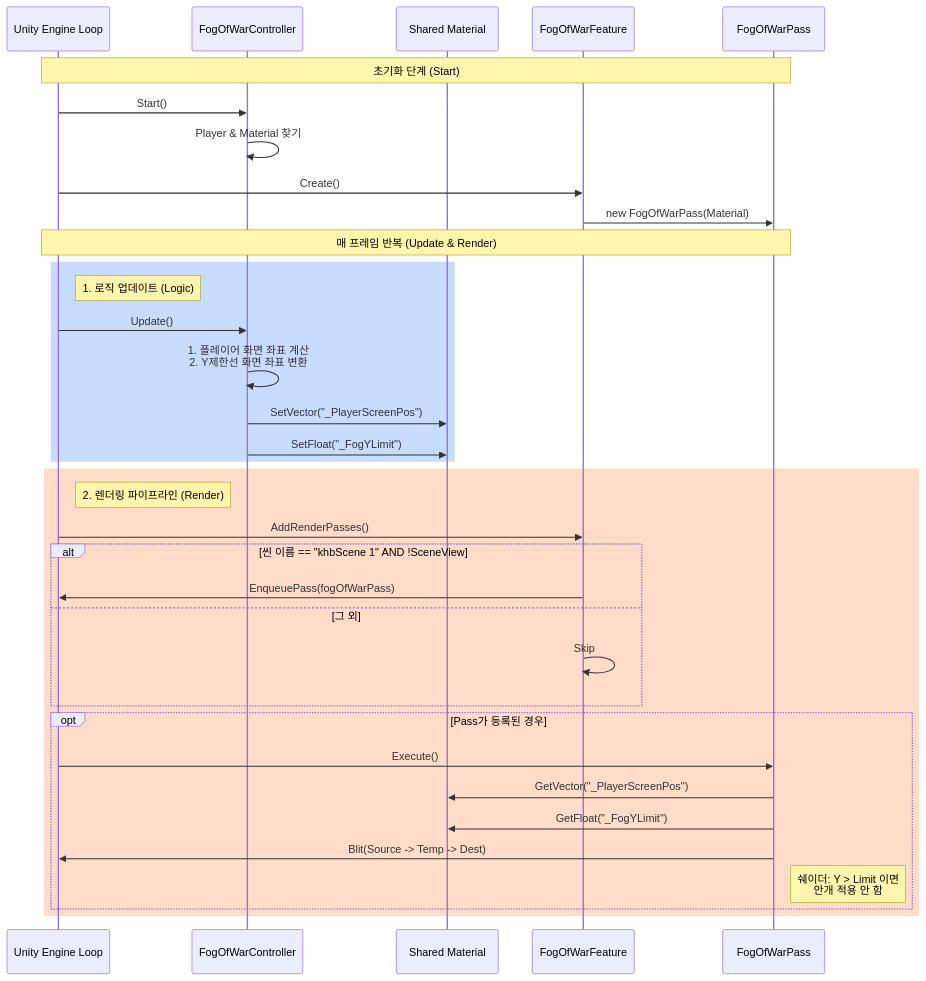
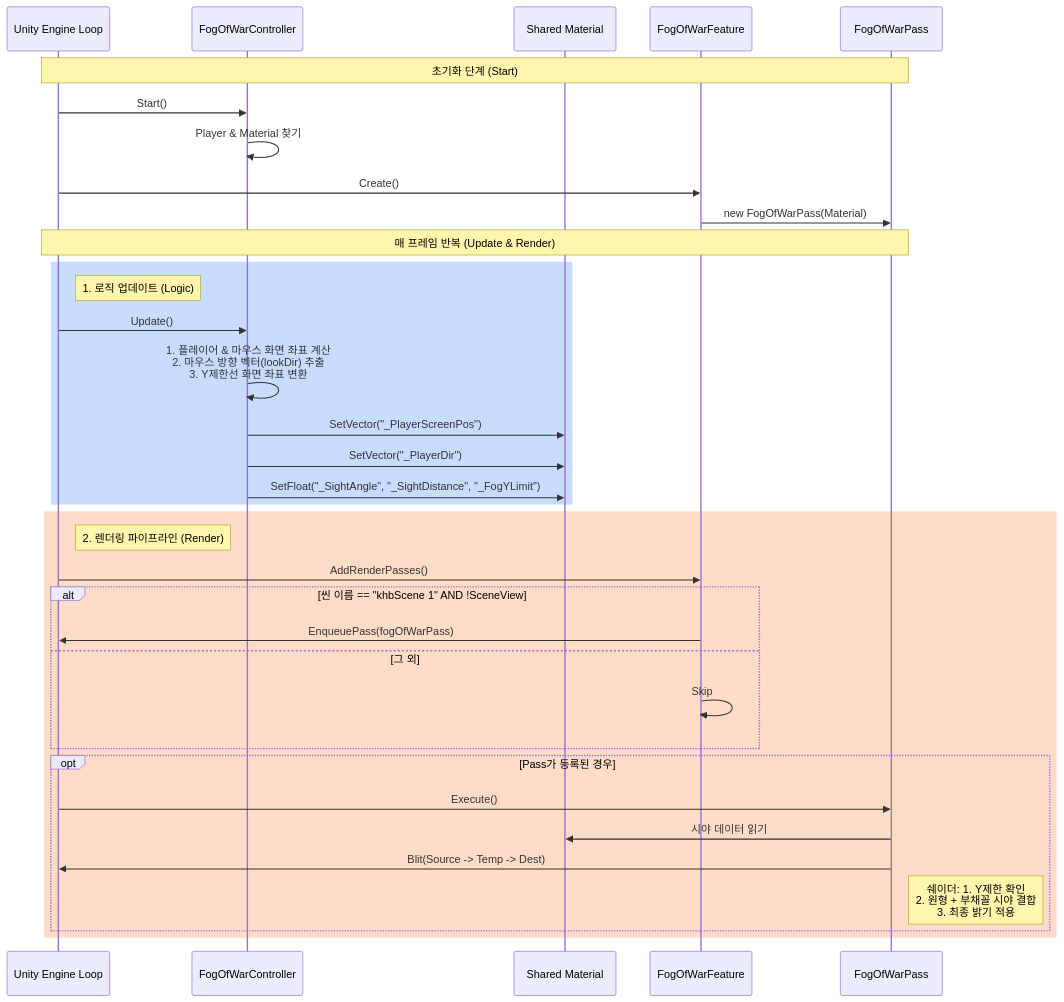
One commit to 2025-HandsomeGuys/Sap changed the second of 2 diagrams in PROJECT_STRUCTURE.md. Above: the diagram before and after it, drawn with Mermaid. The commit also changed other lines of this file and 4 other files, not shown here.

````diff
--- a/PROJECT_STRUCTURE.md
+++ b/PROJECT_STRUCTURE.md
@@ -60,43 +62,43 @@
 ```mermaid
 sequenceDiagram
     participant GameLoop as Unity Engine Loop
     participant Controller as FogOfWarController
     participant Material as Shared Material
     participant Feature as FogOfWarFeature
     participant Pass as FogOfWarPass
 
     Note over GameLoop, Pass: 초기화 단계 (Start)
     GameLoop->>Controller: Start()
     Controller->>Controller: Player & Material 찾기
     GameLoop->>Feature: Create()
     Feature->>Pass: new FogOfWarPass(Material)
 
     Note over GameLoop, Pass: 매 프레임 반복 (Update & Render)
     
     rect rgb(200, 220, 255)
         note right of GameLoop: 1. 로직 업데이트 (Logic)
         GameLoop->>Controller: Update()
-        Controller->>Controller: 1. 플레이어 화면 좌표 계산<br/>2. Y제한선 화면 좌표 변환
+        Controller->>Controller: 1. 플레이어 & 마우스 화면 좌표 계산<br/>2. 마우스 방향 벡터(lookDir) 추출<br/>3. Y제한선 화면 좌표 변환
         Controller->>Material: SetVector("_PlayerScreenPos")
-        Controller->>Material: SetFloat("_FogYLimit")
+        Controller->>Material: SetVector("_PlayerDir")
+        Controller->>Material: SetFloat("_SightAngle", "_SightDistance", "_FogYLimit")
     end
 
     rect rgb(255, 220, 200)
         note right of GameLoop: 2. 렌더링 파이프라인 (Render)
         GameLoop->>Feature: AddRenderPasses()
         
         alt 씬 이름 == "khbScene 1" AND !SceneView
             Feature->>GameLoop: EnqueuePass(fogOfWarPass)
         else 그 외
             Feature->>Feature: Skip
         end
 
         opt Pass가 등록된 경우
             GameLoop->>Pass: Execute()
-            Pass->>Material: GetVector("_PlayerScreenPos")
-            Pass->>Material: GetFloat("_FogYLimit")
+            Pass->>Material: 시야 데이터 읽기
             Pass->>GameLoop: Blit(Source -> Temp -> Dest)
-            note right of Pass: 쉐이더: Y > Limit 이면<br/>안개 적용 안 함
+            note right of Pass: 쉐이더: 1. Y제한 확인<br/>2. 원형 + 부채꼴 시야 결합<br/>3. 최종 밝기 적용
         end
     end
 ```
````
